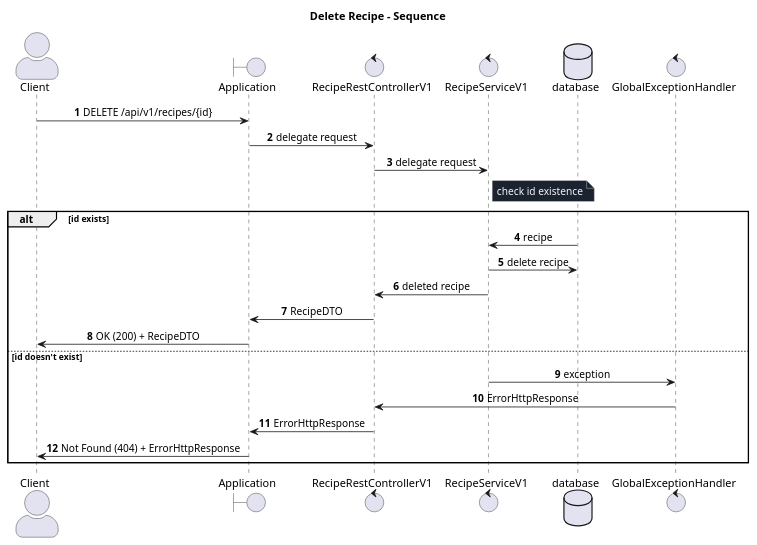
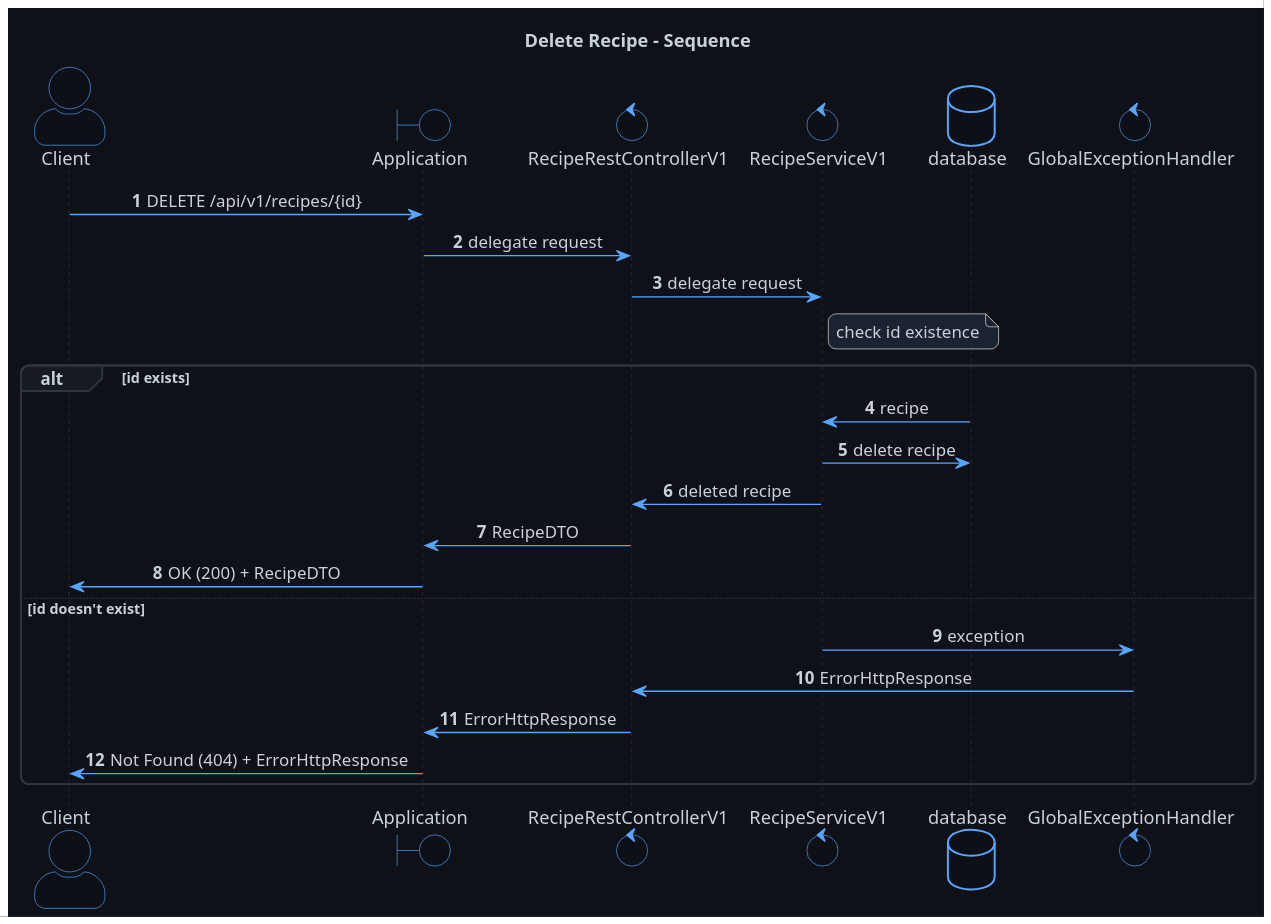
The diagram in docs/api/v1/delete-recipe-api-v1-workflow.puml (Askie01/recipe-application), drawn with PlantUML before and after one commit. The commit also changed 14 other files, not shown here.

First line of the commit message:
Update workflow diagrams in Recipe API v1

```diff
--- a/docs/api/v1/delete-recipe-api-v1-workflow.puml
+++ b/docs/api/v1/delete-recipe-api-v1-workflow.puml
@@ -1,40 +1,69 @@
 @startuml
 title Delete Recipe - Sequence
 
 autonumber
 
+skinparam backgroundColor #0E1117
+skinparam shadowing false
+skinparam roundcorner 12
+skinparam dpi 160
+
 skinparam sequence {
   MessageAlign center
+  ArrowColor #58A6FF
+  LifeLineBorderColor #30363D
+  LifeLineBackgroundColor #161B22
+  ActorBorderColor #58A6FF
+  ActorBackgroundColor #0D1117
+  BoxBorderColor #30363D
+  BoxBackgroundColor #0D1117
 }
+
+skinparam TitleFontColor #C9D1D9
+skinparam SequenceGroupBorderColor #30363D
+skinparam SequenceGroupBackgroundColor #161B22
 skinparam NoteBackgroundColor #1C2330
 skinparam NoteBorderColor #E7E7E7
 skinparam NoteFontColor #F5F5F5
 skinparam ActorStyle awesome
+skinparam DefaultFontColor #C9D1D9
+
+skinparam BoundaryBorderColor #58A6FF
+skinparam BoundaryBackgroundColor #0D1117
+
+skinparam ControlBorderColor #58A6FF
+skinparam ControlBackgroundColor #0D1117
+
+skinparam DatabaseBorderColor #58A6FF
+skinparam DatabaseBackgroundColor #0D1117
+
+skinparam ParticipantBorderColor #58A6FF
+skinparam ParticipantBackgroundColor #0D1117
 
 actor Client
 boundary Application
 control RecipeRestControllerV1
 control RecipeServiceV1
 database database
 control GlobalExceptionHandler
 
 Client -> Application : DELETE /api/v1/recipes/{id}
 Application -> RecipeRestControllerV1 : delegate request
 RecipeRestControllerV1 -> RecipeServiceV1 : delegate request
 note right of RecipeServiceV1
 check id existence
 end note
 
 alt id exists
     database -> RecipeServiceV1 : recipe
     RecipeServiceV1 -> database : delete recipe
     RecipeServiceV1 -> RecipeRestControllerV1 : deleted recipe
     RecipeRestControllerV1 -> Application : RecipeDTO
     Application -> Client : OK (200) + RecipeDTO
 else id doesn't exist
     RecipeServiceV1 -> GlobalExceptionHandler : exception
     GlobalExceptionHandler -> RecipeRestControllerV1 : ErrorHttpResponse
     RecipeRestControllerV1 -> Application : ErrorHttpResponse
     Application -> Client : Not Found (404) + ErrorHttpResponse
 end
 @enduml
```
